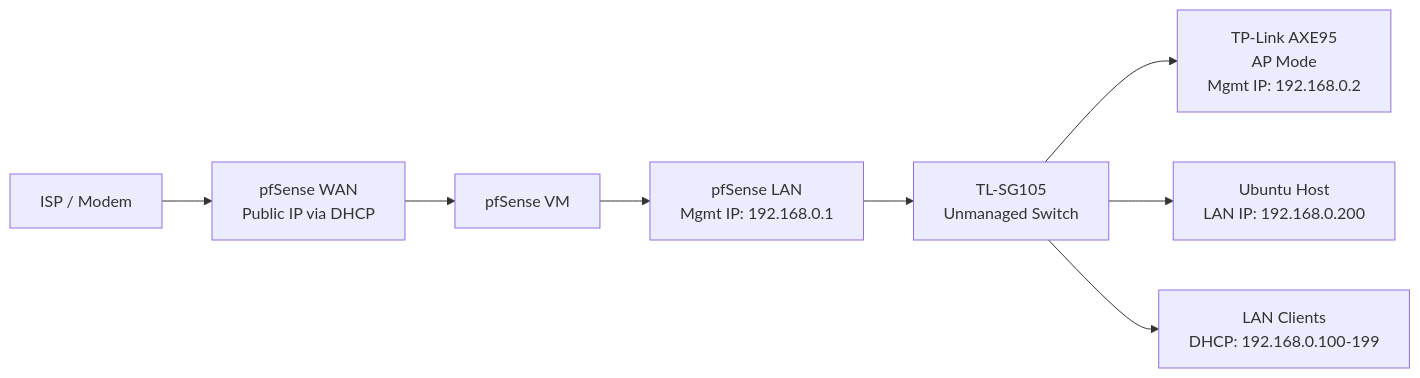
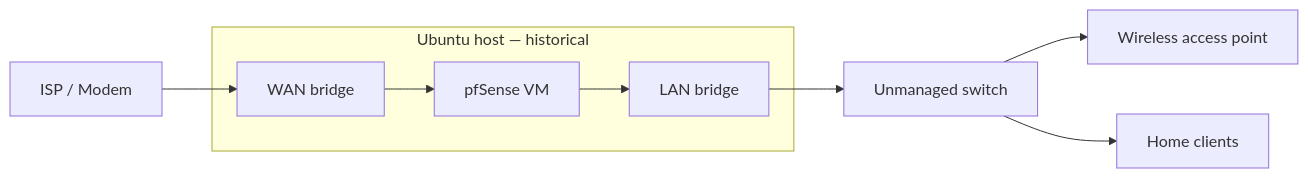
Before and after one commit to rojarida/homelab: the diagram in archive/pfSense/README.md, drawn with Mermaid. The commit also changed other lines of this file and 13 other files, not shown here.

````diff
--- a/archive/pfSense/README.md
+++ b/archive/pfSense/README.md
@@ -42,10 +21,11 @@
 ```mermaid
 flowchart LR
-    ISP[ISP / Modem] --> WAN[pfSense WAN<br/>Public IP via DHCP] 
-    WAN --> PFSENSE[pfSense VM]
-    PFSENSE --> LAN[pfSense LAN<br/>Mgmt IP: 192.168.0.1]
-    LAN --> SWITCH[TL-SG105<br/>Unmanaged Switch]
-    SWITCH --> AP[TP-Link AXE95<br/>AP Mode<br/>Mgmt IP: 192.168.0.2]
-    SWITCH --> HOST[Ubuntu Host<br/>LAN IP: 192.168.0.200]
-    SWITCH --> CLIENTS[LAN Clients<br/>DHCP: 192.168.0.100-199]
+    ISP[ISP / Modem] --> WAN[WAN bridge]
+    subgraph HOST[Ubuntu host — historical]
+        WAN --> PF[pfSense VM]
+        PF --> LAN[LAN bridge]
+    end
+    LAN --> SWITCH[Unmanaged switch]
+    SWITCH --> AP[Wireless access point]
+    SWITCH --> CLIENTS[Home clients]
 ```
````
